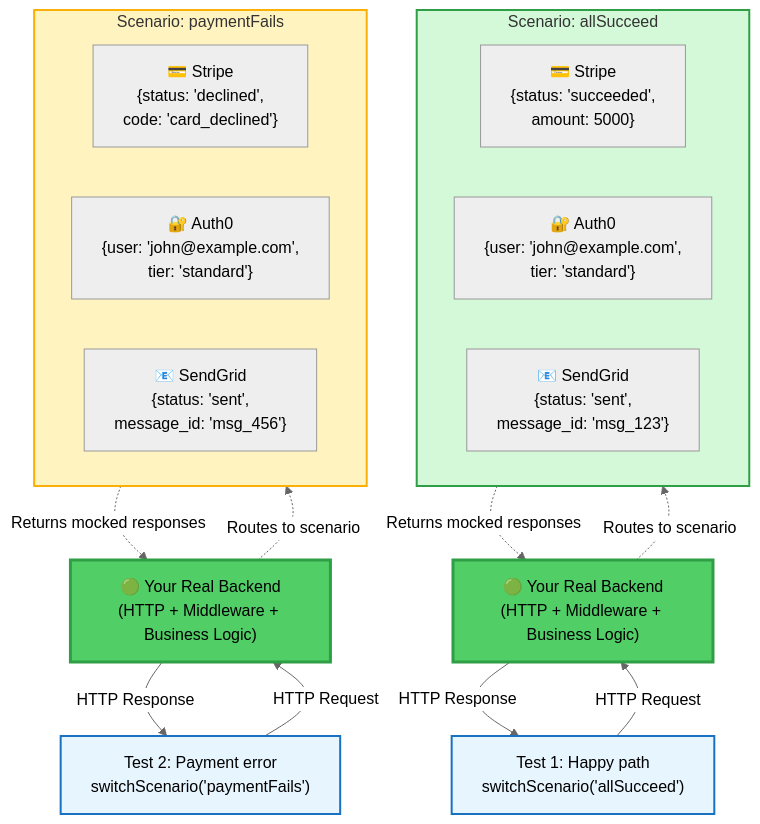
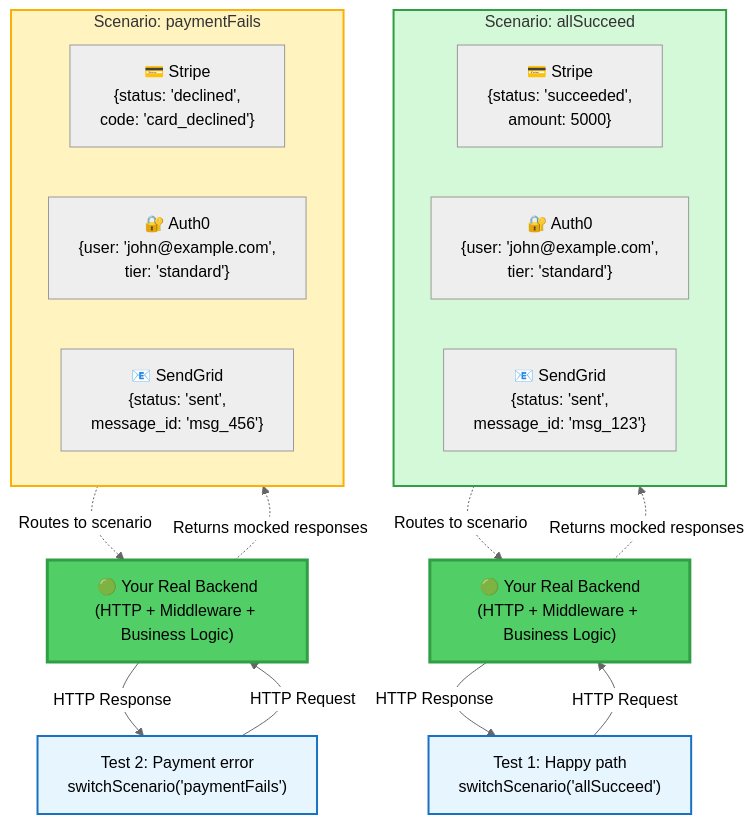
Before and after one commit to citypaul/scenarist: the first of 3 diagrams in apps/docs/src/content/docs/introduction/overview.md, drawn with Mermaid.

Commit message:
docs: fix diagram arrow directions
- Swapped 'Routes to scenario' arrows (now Scenario → Backend)
- Swapped 'Returns mocked responses' arrows (now Backend → Scenario)
- Arrows now correctly show the flow of scenario routing and mock responses

````diff
--- a/apps/docs/src/content/docs/introduction/overview.md
+++ b/apps/docs/src/content/docs/introduction/overview.md
@@ -16,39 +16,39 @@
 ```mermaid
 %%{init: {'theme':'neutral', 'themeVariables': {'fontSize':'16px', 'fontFamily':'arial'}}}%%
 graph TB
     T1["Test 1: Happy path<br/>switchScenario('allSucceed')"]
     T2["Test 2: Payment error<br/>switchScenario('paymentFails')"]
 
     T1 -->|HTTP Request| B1["🟢 Your Real Backend<br/>(HTTP + Middleware + Business Logic)"]
     T2 -->|HTTP Request| B2["🟢 Your Real Backend<br/>(HTTP + Middleware + Business Logic)"]
 
-    B1 -.->|Routes to scenario| S1
-    B2 -.->|Routes to scenario| S2
+    S1 -.->|Routes to scenario| B1
+    S2 -.->|Routes to scenario| B2
 
     subgraph S1["Scenario: allSucceed"]
         direction LR
         S1A["💳 Stripe<br/>{status: 'succeeded',<br/>amount: 5000}"]
         S1B["🔐 Auth0<br/>{user: 'john@example.com',<br/>tier: 'standard'}"]
         S1C["📧 SendGrid<br/>{status: 'sent',<br/>message_id: 'msg_123'}"]
     end
 
     subgraph S2["Scenario: paymentFails"]
         direction LR
         S2A["💳 Stripe<br/>{status: 'declined',<br/>code: 'card_declined'}"]
         S2B["🔐 Auth0<br/>{user: 'john@example.com',<br/>tier: 'standard'}"]
         S2C["📧 SendGrid<br/>{status: 'sent',<br/>message_id: 'msg_456'}"]
     end
 
-    S1 -.->|Returns mocked responses| B1
-    S2 -.->|Returns mocked responses| B2
+    B1 -.->|Returns mocked responses| S1
+    B2 -.->|Returns mocked responses| S2
 
     B1 -->|HTTP Response| T1
     B2 -->|HTTP Response| T2
 
     style T1 fill:#e7f5ff,stroke:#1971c2,stroke-width:2px
     style T2 fill:#e7f5ff,stroke:#1971c2,stroke-width:2px
     style B1 fill:#51cf66,stroke:#2f9e44,stroke-width:3px
     style B2 fill:#51cf66,stroke:#2f9e44,stroke-width:3px
     style S1 fill:#d3f9d8,stroke:#2f9e44,stroke-width:2px
     style S2 fill:#fff3bf,stroke:#fab005,stroke-width:2px
 ```
````
